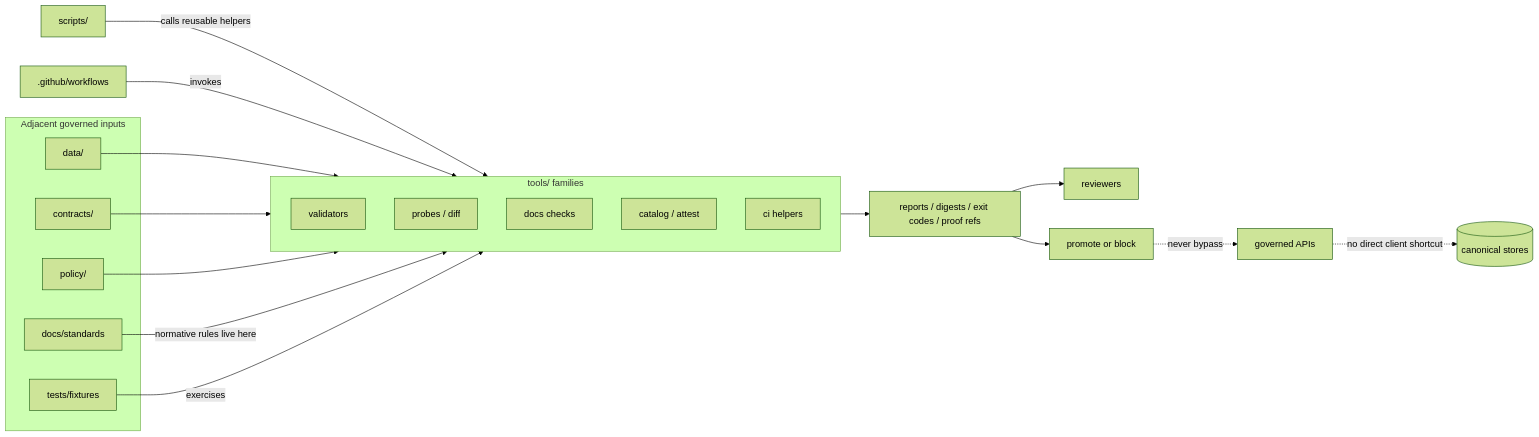
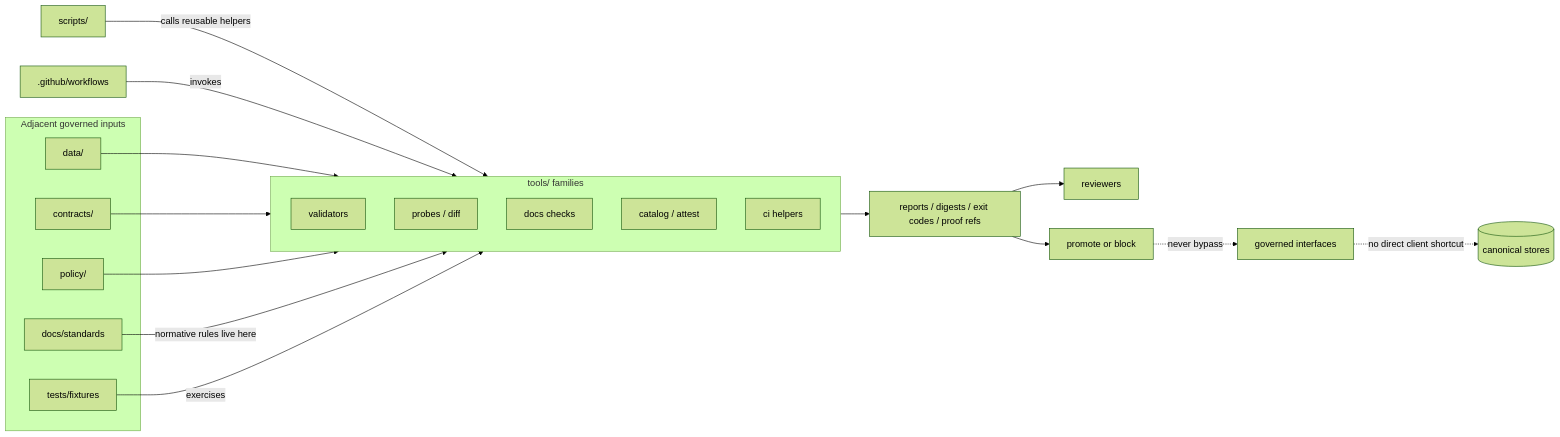
One commit to bartytime4life/Kansas-Frontier-Matrix changed the diagram in tools/README.md. Above: the diagram before and after it, drawn with Mermaid (forest theme). The commit also changed other lines of this file, not shown here.

````diff
--- a/tools/README.md
+++ b/tools/README.md
@@ -290,33 +289,33 @@
 ```mermaid
 flowchart LR
     subgraph Inputs[Adjacent governed inputs]
       D[data/]
       C[contracts/]
       P[policy/]
       T[tests/fixtures]
       DS[docs/standards]
     end
 
     S[scripts/] -->|calls reusable helpers| TF
     W[.github/workflows] -->|invokes| TF
     D --> TF
     C --> TF
     P --> TF
     DS -->|normative rules live here| TF
     T -->|exercises| TF
 
     subgraph TF[tools/ families]
       V[validators]
       PR[probes / diff]
       DO[docs checks]
       CA[catalog / attest]
       CI[ci helpers]
     end
 
     TF --> R[reports / digests / exit codes / proof refs]
     R --> RV[reviewers]
     R --> G[promote or block]
 
-    G -. never bypass .-> API[governed APIs]
+    G -. never bypass .-> API[governed interfaces]
     API -. no direct client shortcut .-> STORE[(canonical stores)]
 ```
````
